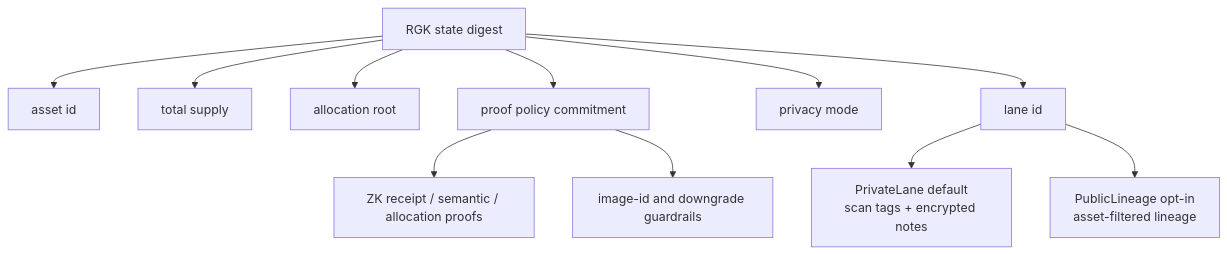
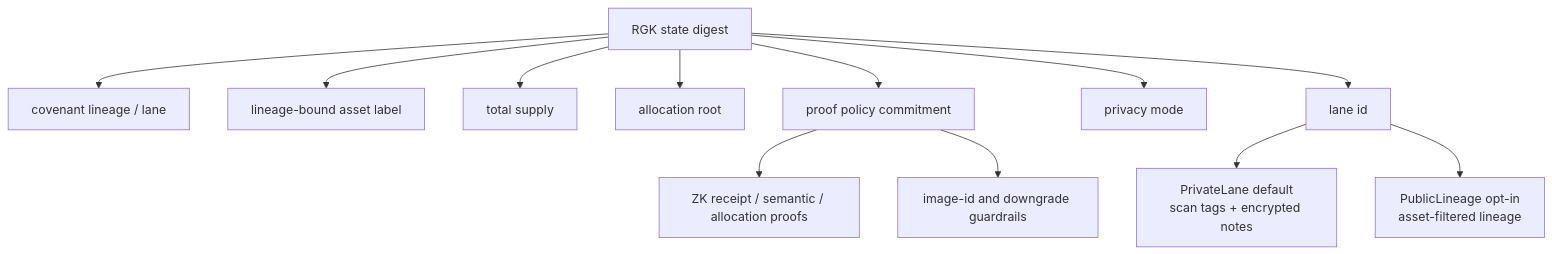
Before and after one commit to RGK-Protocol/RGK: the third of 3 diagrams in README.md, drawn with Mermaid. The commit also changed other lines of this file and 57 other files, not shown here.

````diff
--- a/README.md
+++ b/README.md
@@ -89,15 +90,16 @@
 ```mermaid
 flowchart TB
     State["RGK state digest"]
-    State --> Asset["asset id"]
+    State --> Identity["covenant lineage / lane"]
+    State --> Asset["lineage-bound asset label"]
     State --> Supply["total supply"]
     State --> Allocations["allocation root"]
     State --> Policy["proof policy commitment"]
     State --> Privacy["privacy mode"]
     State --> Lane["lane id"]
 
     Lane --> Private["PrivateLane default<br/>scan tags + encrypted notes"]
     Lane --> Public["PublicLineage opt-in<br/>asset-filtered lineage"]
     Policy --> ZK["ZK receipt / semantic / allocation proofs"]
     Policy --> Guard["image-id and downgrade guardrails"]
 ```
````
